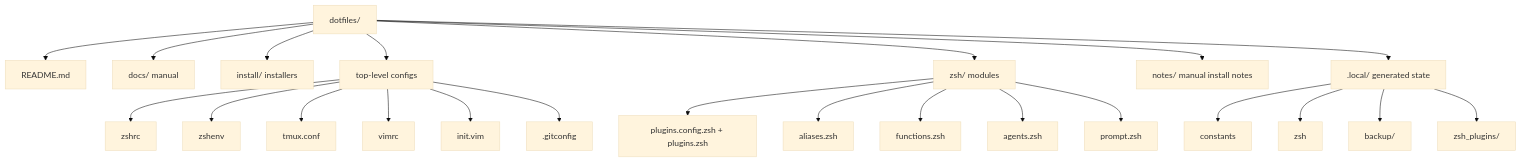
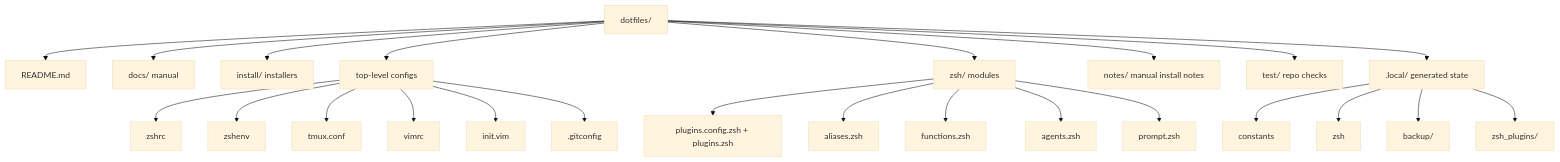
Before and after one commit to danielyanghansen/dotfiles: the diagram in docs/structure.md, drawn with Mermaid (base theme). The commit also changed other lines of this file and 11 other files, not shown here.

````diff
--- a/docs/structure.md
+++ b/docs/structure.md
@@ -3,29 +3,30 @@
 ```mermaid
 flowchart TD
   root["dotfiles/"]
   root --> readme["README.md"]
   root --> docs["docs/ manual"]
   root --> install["install/ installers"]
   root --> top["top-level configs"]
   root --> zsh["zsh/ modules"]
   root --> notes["notes/ manual install notes"]
+  root --> tests["test/ repo checks"]
   root --> local[".local/ generated state"]
 
   top --> zshrc["zshrc"]
   top --> zshenv["zshenv"]
   top --> tmux["tmux.conf"]
   top --> vim["vimrc"]
   top --> nvim["init.vim"]
   top --> git[".gitconfig"]
 
   zsh --> plugins["plugins.config.zsh + plugins.zsh"]
   zsh --> aliases["aliases.zsh"]
   zsh --> funcs["functions.zsh"]
   zsh --> agents["agents.zsh"]
   zsh --> prompt["prompt.zsh"]
 
   local --> constants["constants"]
   local --> shim["zsh"]
   local --> backup["backup/"]
   local --> cloned["zsh_plugins/"]
 ```
````
